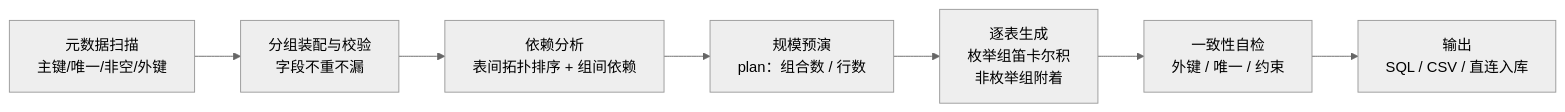
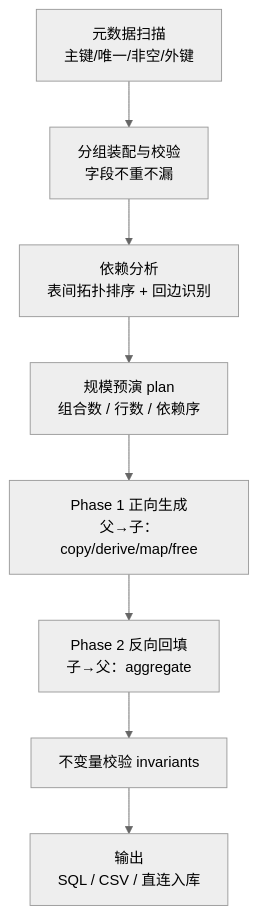
The diagram in README.md (FalseMemory/tableseed), drawn with Mermaid (neutral theme) before and after one commit. The commit also changed other lines of this file, not shown here.

Commit message:
docs: 新增表间关系模型（关系四要素 / 六种传播模式 / 1:1 分配策略 / 两阶段生成 / invariants）

````diff
--- a/README.md
+++ b/README.md
@@ -137,9 +272,10 @@
 ```mermaid
-flowchart LR
+flowchart TB
     A[元数据扫描<br/>主键/唯一/非空/外键] --> B[分组装配与校验<br/>字段不重不漏]
-    B --> C[依赖分析<br/>表间拓扑排序 + 组间依赖]
-    C --> D[规模预演<br/>plan：组合数 / 行数]
-    D --> E[逐表生成<br/>枚举组笛卡尔积<br/>非枚举组附着]
-    E --> F[一致性自检<br/>外键 / 唯一 / 约束]
-    F --> G[输出<br/>SQL / CSV / 直连入库]
+    B --> C[依赖分析<br/>表间拓扑排序 + 回边识别]
+    C --> D[规模预演 plan<br/>组合数 / 行数 / 依赖序]
+    D --> E[Phase 1 正向生成<br/>父→子：copy/derive/map/free]
+    E --> F[Phase 2 反向回填<br/>子→父：aggregate]
+    F --> G[不变量校验 invariants]
+    G --> H[输出<br/>SQL / CSV / 直连入库]
 ```
````
